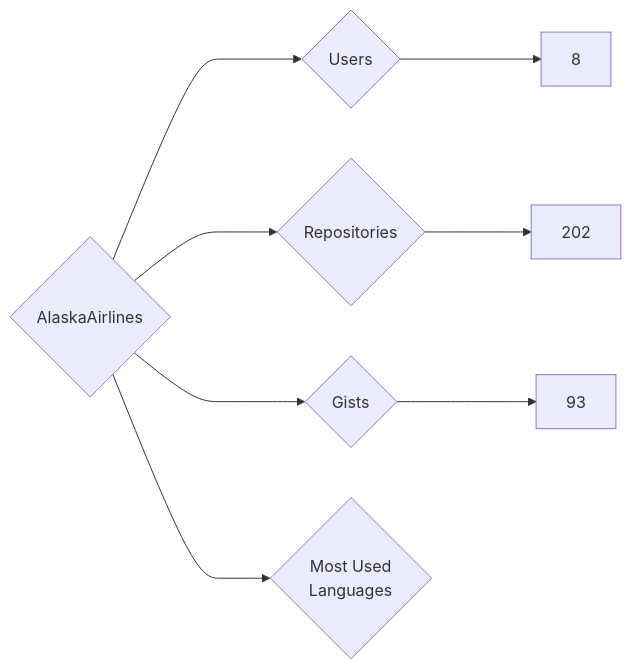
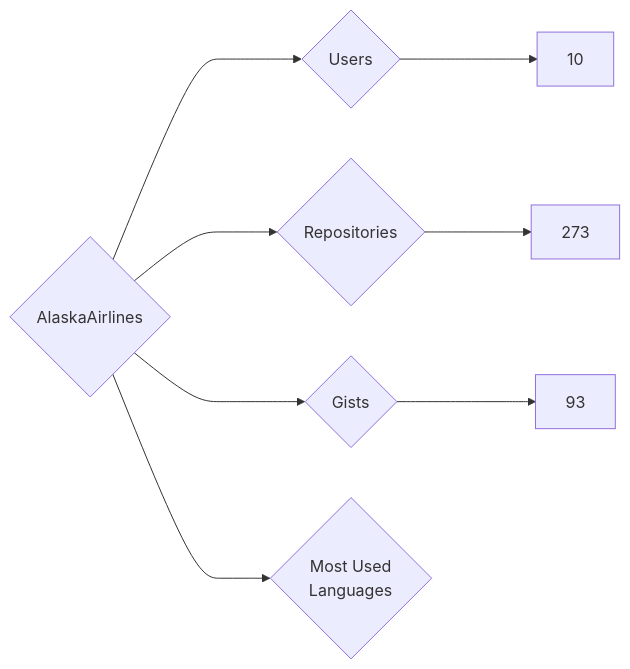
Before and after one commit to nenadzaric/insiders: the diagram in targets/AlaskaAirlines/README.md, drawn with Mermaid. The commit also changed 24 other files, not shown here.

````diff
--- a/targets/AlaskaAirlines/README.md
+++ b/targets/AlaskaAirlines/README.md
@@ -3,8 +3,8 @@
 ```mermaid
 graph LR
 COMPANY_NAME{AlaskaAirlines}
-COMPANY_NAME ---> U{Users} ---> UN[8]
-COMPANY_NAME ---> R{Repositories} ---> RN[202]
+COMPANY_NAME ---> U{Users} ---> UN[10]
+COMPANY_NAME ---> R{Repositories} ---> RN[273]
 COMPANY_NAME ---> G{Gists} ---> GN[93]
 COMPANY_NAME ---> ML{Most Used<br>Languages}
 ```
````
